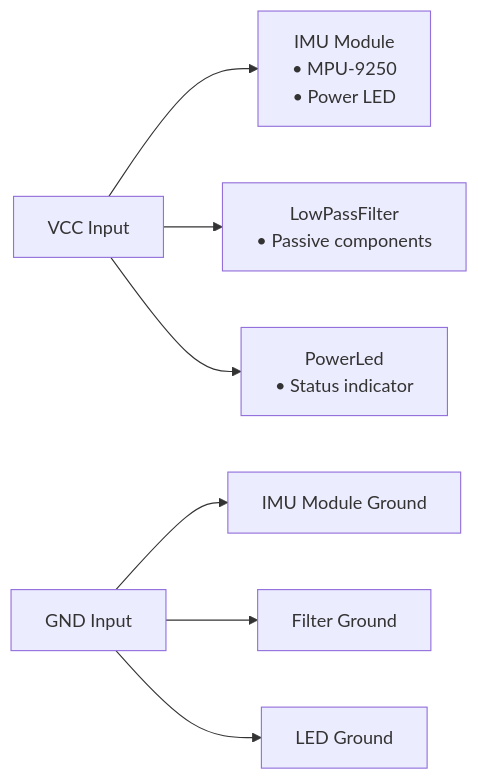
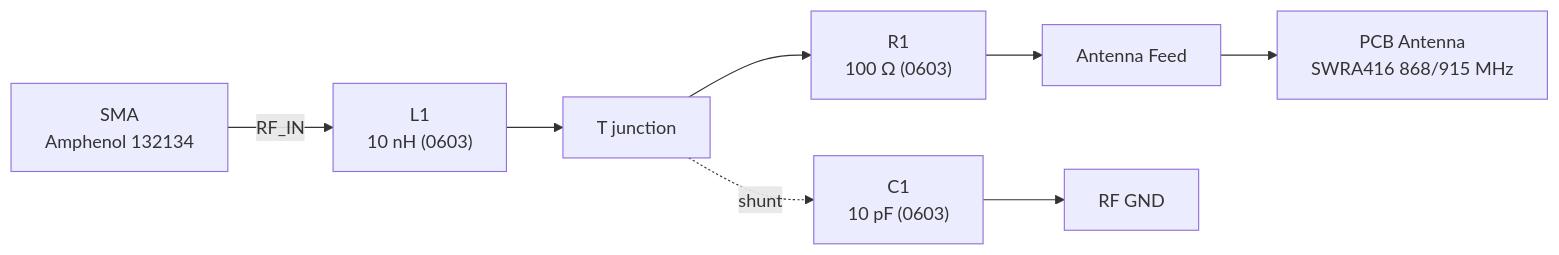
Before and after one commit to diodeinc/example: the diagram in boards/EX0001/docs/spec.md, drawn with Mermaid. The commit also changed other lines of this file and 9 other files, not shown here.

````diff
--- a/boards/EX0001/docs/spec.md
+++ b/boards/EX0001/docs/spec.md
@@ -79,10 +51,9 @@
 ```mermaid
 graph LR
-    VCC_IN["VCC Input"] --> IMU_PWR["IMU Module<br/>• MPU-9250<br/>• Power LED"]
-    VCC_IN --> FILTER_PWR["LowPassFilter<br/>• Passive components"]
-    VCC_IN --> LED_PWR["PowerLed<br/>• Status indicator"]
-
-    GND_IN["GND Input"] --> IMU_GND["IMU Module Ground"]
-    GND_IN --> FILTER_GND["Filter Ground"]
-    GND_IN --> LED_GND["LED Ground"]
+    SMA["SMA<br/>Amphenol 132134"] -- RF_IN --> L1["L1<br/>10 nH (0603)"]
+    L1 --> T[T junction]
+    T --> R1["R1<br/>100 Ω (0603)"] --> ANT_FEED["Antenna Feed"]
+    T -. shunt .-> C1["C1<br/>10 pF (0603)"]
+    C1 --> GND["RF GND"]
+    ANT_FEED --> ANT["PCB Antenna<br/>SWRA416 868/915 MHz"]
 ```
````
